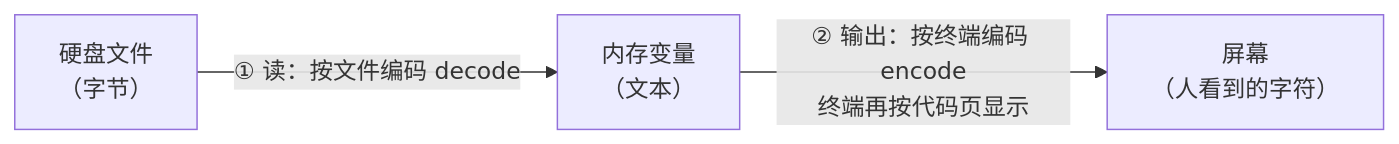
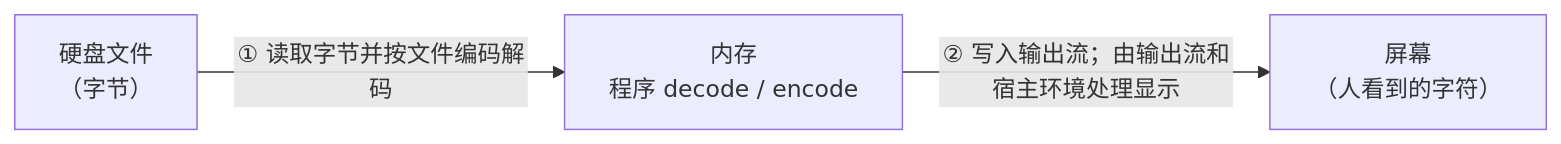
One commit to TomorrowLM/lm-document changed the first of 6 diagrams in agent/agent.md. Above: the diagram before and after it, drawn with Mermaid. The commit also changed other lines of this file and 1 other file, not shown here.

````diff
--- a/agent/agent.md
+++ b/agent/agent.md
@@ -105,9 +148,9 @@
 ```mermaid
 flowchart LR
     F["硬盘文件<br/>（字节）"]
-    M["内存变量<br/>（文本）"]
+    M["内存<br/>程序 decode / encode"]
     S["屏幕<br/>（人看到的字符）"]
 
-    F -->|"① 读：按文件编码 decode"| M
-    M -->|"② 输出：按终端编码 encode<br/>终端再按代码页显示"| S
+    F -->|"① 读取字节并按文件编码解码"| M
+    M -->|"② 写入输出流；由输出流和宿主环境处理显示"| S
 ```
````
